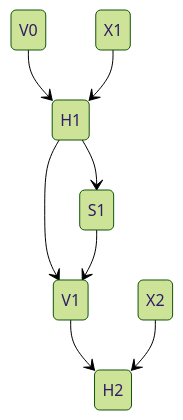
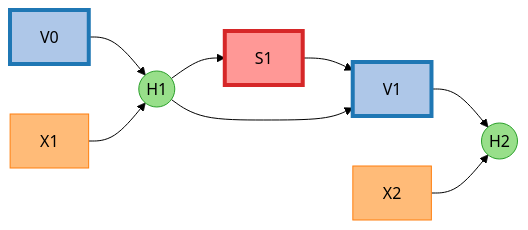
One commit to fangwei123456/spikingjelly changed the first of 2 diagrams in spikingjelly/activation_based/neuron_kernel.md. Above: the diagram before and after it, drawn with Mermaid (forest theme). The commit also changed other lines of this file and 3 other files, not shown here.

````diff
--- a/spikingjelly/activation_based/neuron_kernel.md
+++ b/spikingjelly/activation_based/neuron_kernel.md
@@ -59,11 +67,18 @@
 ```mermaid
-stateDiagram
-	V0 --> H1
-	X1 --> H1
-	H1 --> S1
+flowchart LR
+	V0:::V --> H1((H1)):::H
+	X1:::X --> H1
+	
+	H1--> S1:::S
+	
+	S1 --> V1:::V
 	H1 --> V1
-	S1 --> V1
-	V1 --> H2
-	X2 --> H2
+
+	V1 --> H2((H2)):::H
+	X2:::X --> H2
 	
+	classDef V fill:#aec7e8, stroke:#1f77b4,stroke-width:4px
+	classDef X fill:#ffbb78, stroke:#ff7f0e
+	classDef H fill:#98df8a, stroke:#2ca02c
+	classDef S fill:#ff9896, stroke:#d62728,stroke-width:4px
 ```
````
